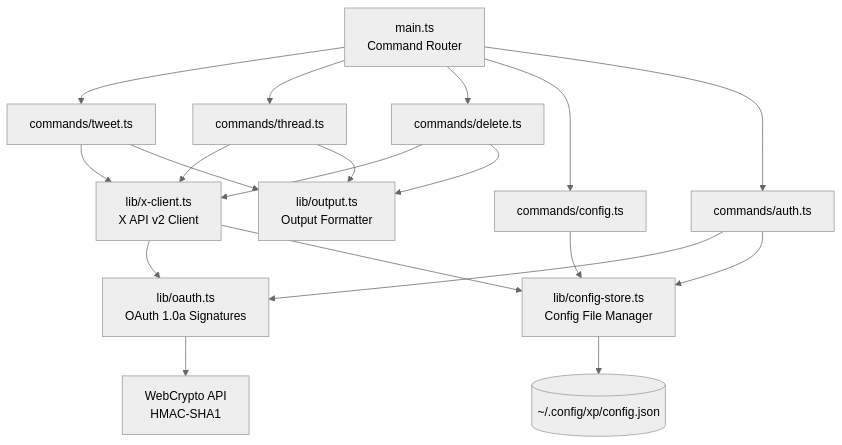
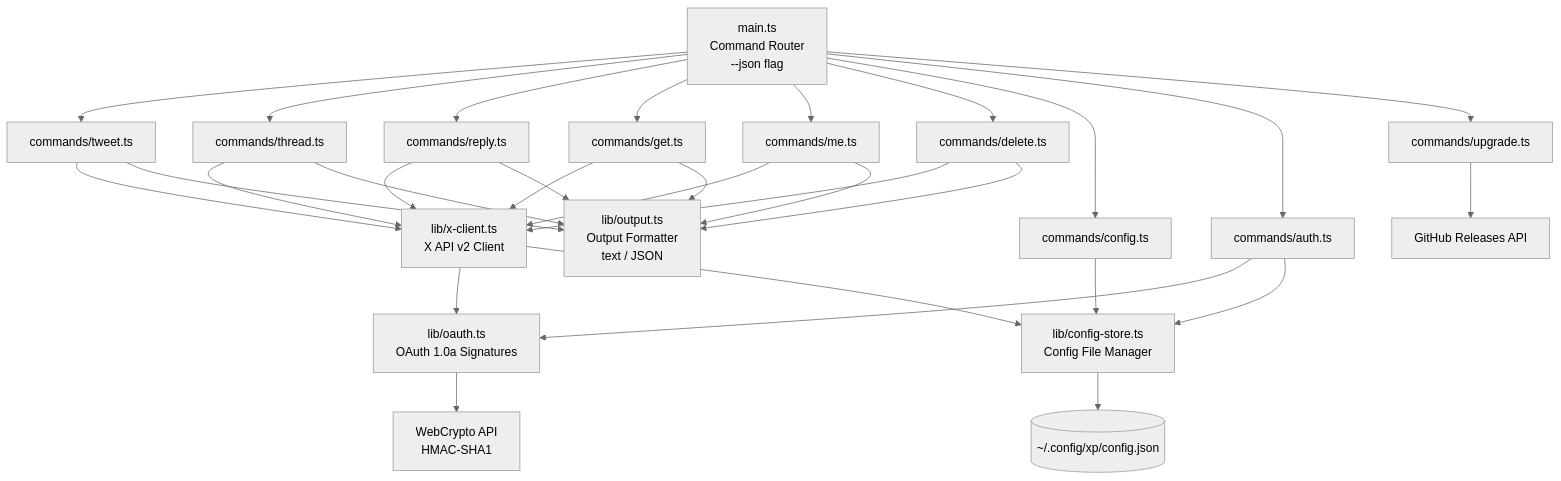
The fourth of 4 diagrams in README.md (tawachan/xp), drawn with Mermaid (neutral theme) before and after one commit. The commit also changed other lines of this file and 12 other files, not shown here.

First line of the commit message:
Add --json flag and improve error handling (#10)

````diff
--- a/README.md
+++ b/README.md
@@ -229,25 +267,36 @@
 ```mermaid
 graph TD
-    A[main.ts<br/>Command Router] --> B[commands/tweet.ts]
+    A[main.ts<br/>Command Router<br/>--json flag] --> B[commands/tweet.ts]
     A --> C[commands/thread.ts]
+    A --> R[commands/reply.ts]
+    A --> GT[commands/get.ts]
+    A --> M[commands/me.ts]
     A --> D[commands/delete.ts]
     A --> E[commands/config.ts]
     A --> F[commands/auth.ts]
+    A --> U[commands/upgrade.ts]
 
     B --> G[lib/x-client.ts<br/>X API v2 Client]
     C --> G
+    R --> G
+    GT --> G
+    M --> G
     D --> G
     F --> H[lib/oauth.ts<br/>OAuth 1.0a Signatures]
 
     G --> H
     G --> I[lib/config-store.ts<br/>Config File Manager]
     F --> I
     E --> I
 
-    B --> J[lib/output.ts<br/>Output Formatter]
+    B --> J[lib/output.ts<br/>Output Formatter<br/>text / JSON]
     C --> J
+    R --> J
+    GT --> J
+    M --> J
     D --> J
 
     I --> K[(~/.config/xp/config.json)]
     H --> L[WebCrypto API<br/>HMAC-SHA1]
+    U --> GH[GitHub Releases API]
 ```
````
